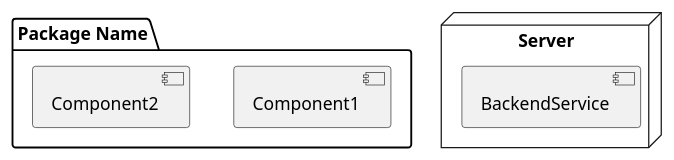
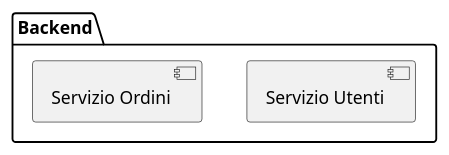
One commit to Seniorsimo/sas-template changed the fifth of 5 diagrams in 04-structural-diagrams/component-diagrams/INSTRUCTIONS.md. Above: the diagram before and after it, drawn with PlantUML. The commit also changed other lines of this file and 9 other files, not shown here.

Commit message:
Refactor diagram instructions and templates

````diff
--- a/04-structural-diagrams/component-diagrams/INSTRUCTIONS.md
+++ b/04-structural-diagrams/component-diagrams/INSTRUCTIONS.md
@@ -63,10 +49,6 @@
-```plantuml
-package "Package Name" {
-  component [Component1]
-  component [Component2]
-}
-
-node "Server" {
-  component [BackendService]
-}
-```
+    ```plantuml
+    package "Backend" {
+      [Servizio Utenti]
+      [Servizio Ordini]
+    }
+    ```
````
